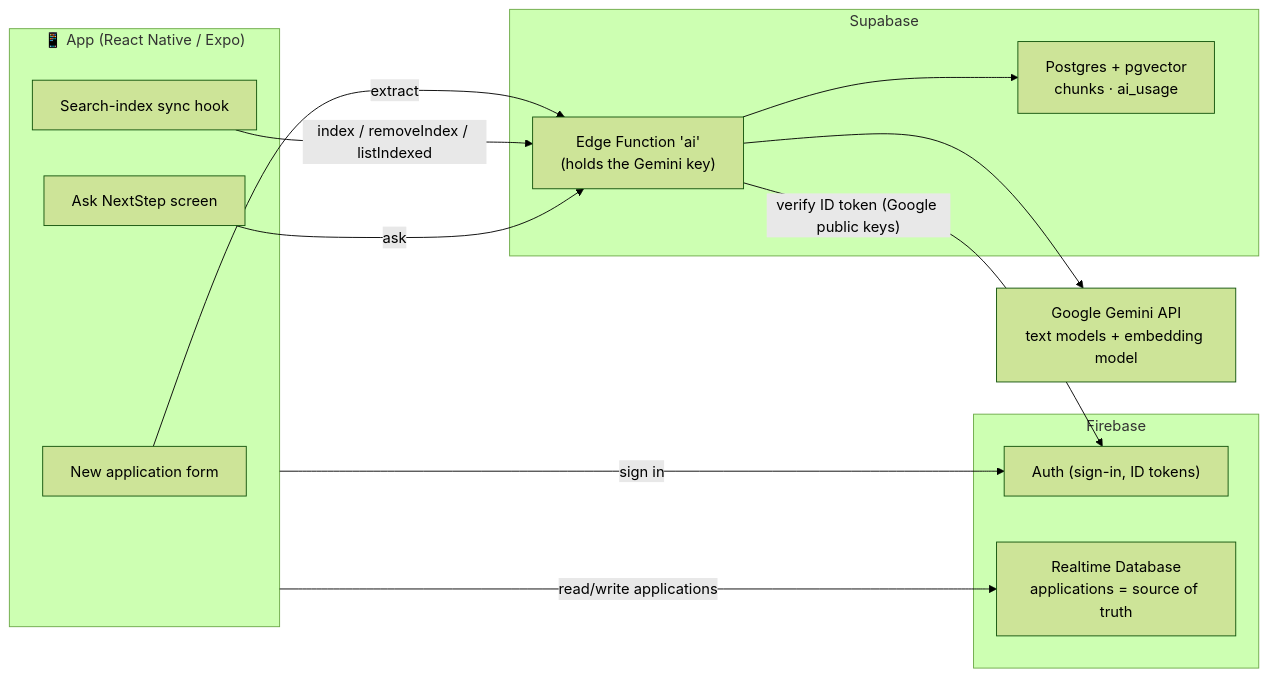
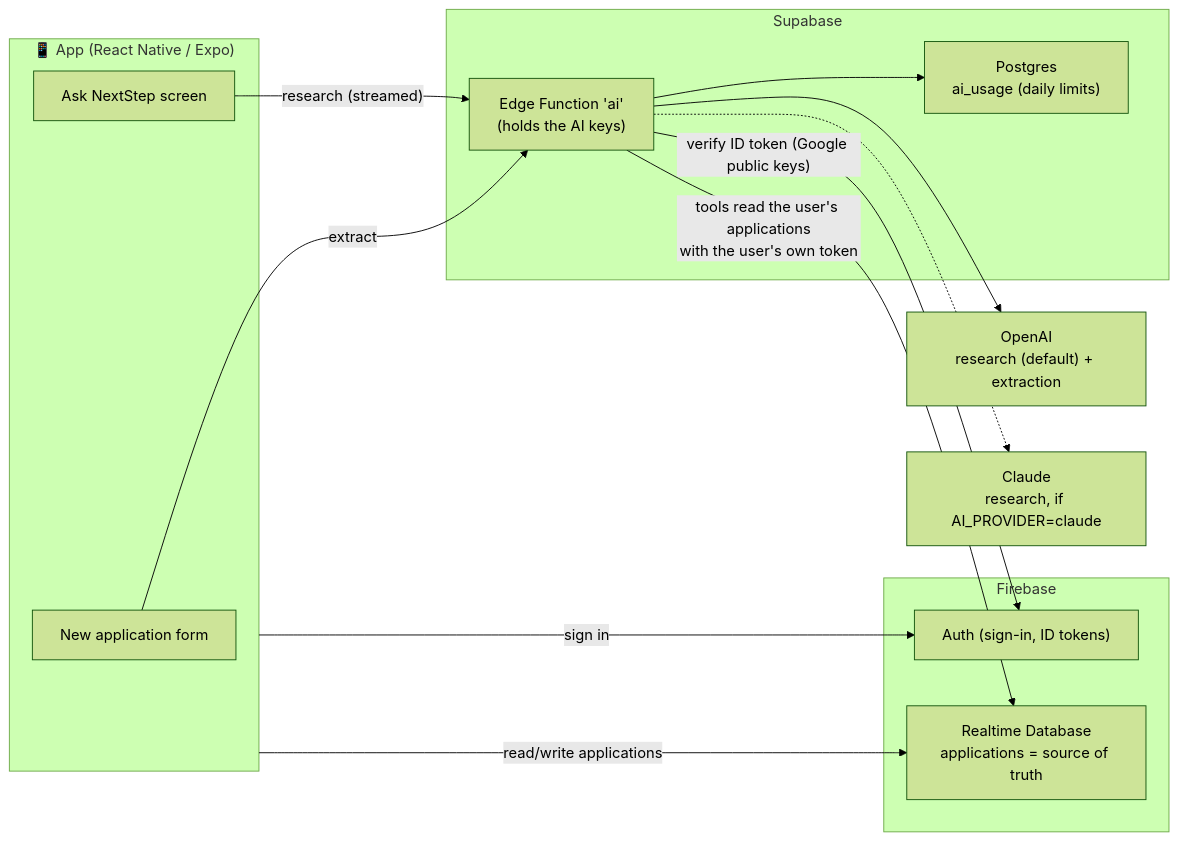
One commit to mizanurasif/NextStep changed the first of 3 diagrams in AI_ARCHITECTURE.md. Above: the diagram before and after it, drawn with Mermaid (forest theme). The commit also changed other lines of this file and 29 other files, not shown here.

````diff
--- a/AI_ARCHITECTURE.md
+++ b/AI_ARCHITECTURE.md
@@ -105,29 +102,30 @@
 ```mermaid
 flowchart LR
     subgraph Phone["📱 App (React Native / Expo)"]
         Form["New application form"]
         Chat["Ask NextStep screen"]
-        Sync["Search-index sync hook"]
     end
 
     subgraph Firebase["Firebase"]
         Auth["Auth (sign-in, ID tokens)"]
         RTDB["Realtime Database<br/>applications = source of truth"]
     end
 
     subgraph Supabase["Supabase"]
-        Fn["Edge Function 'ai'<br/>(holds the Gemini key)"]
-        PG["Postgres + pgvector<br/>chunks · ai_usage"]
+        Fn["Edge Function 'ai'<br/>(holds the AI keys)"]
+        PG["Postgres<br/>ai_usage (daily limits)"]
     end
 
-    Gemini["Google Gemini API<br/>text models + embedding model"]
+    AI["OpenAI<br/>research (default) + extraction"]
+    Claude["Claude<br/>research, if AI_PROVIDER=claude"]
 
     Phone -- "sign in" --> Auth
     Phone -- "read/write applications" --> RTDB
     Form -- "extract" --> Fn
-    Sync -- "index / removeIndex / listIndexed" --> Fn
-    Chat -- "ask" --> Fn
+    Chat -- "research (streamed)" --> Fn
     Fn -- "verify ID token (Google public keys)" --> Auth
+    Fn -- "tools read the user's applications<br/>with the user's own token" --> RTDB
     Fn --> PG
-    Fn --> Gemini
+    Fn --> AI
+    Fn -.-> Claude
 ```
````
